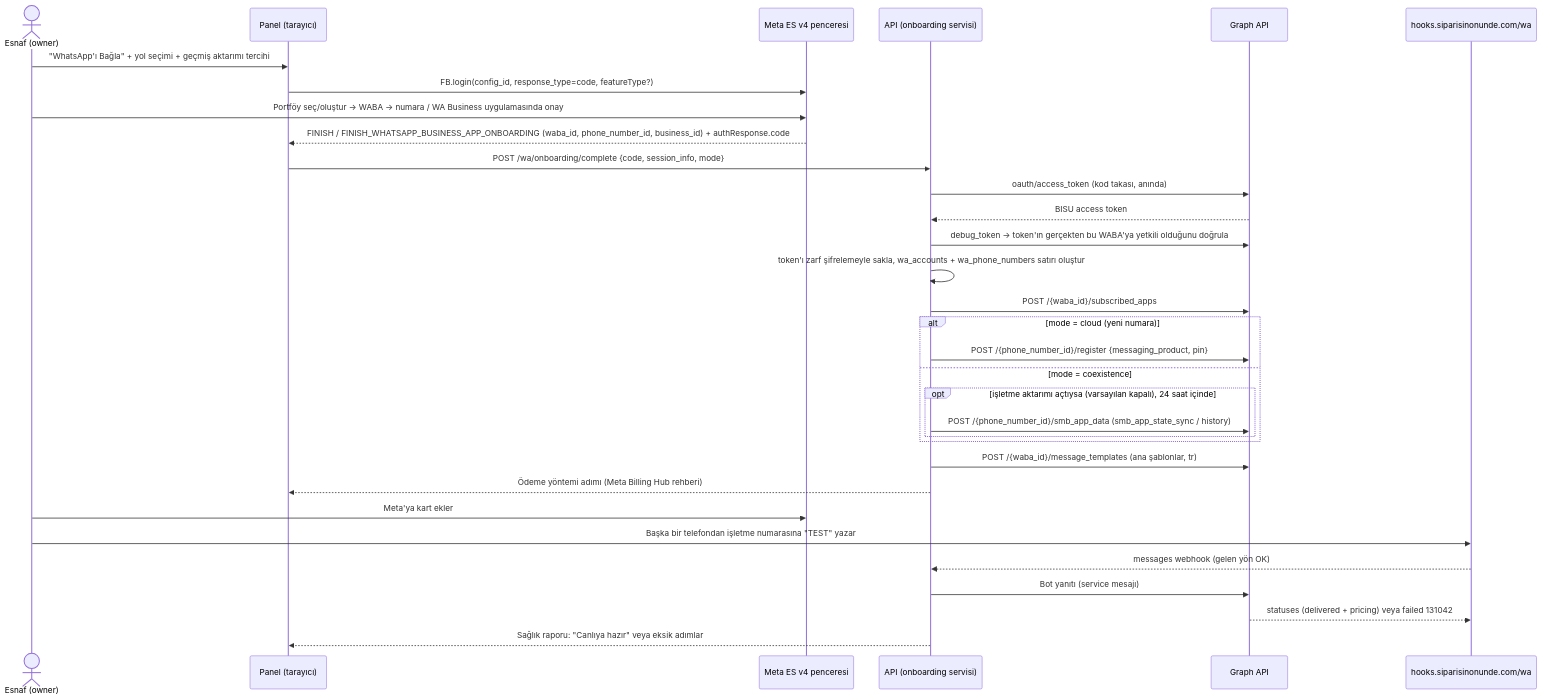
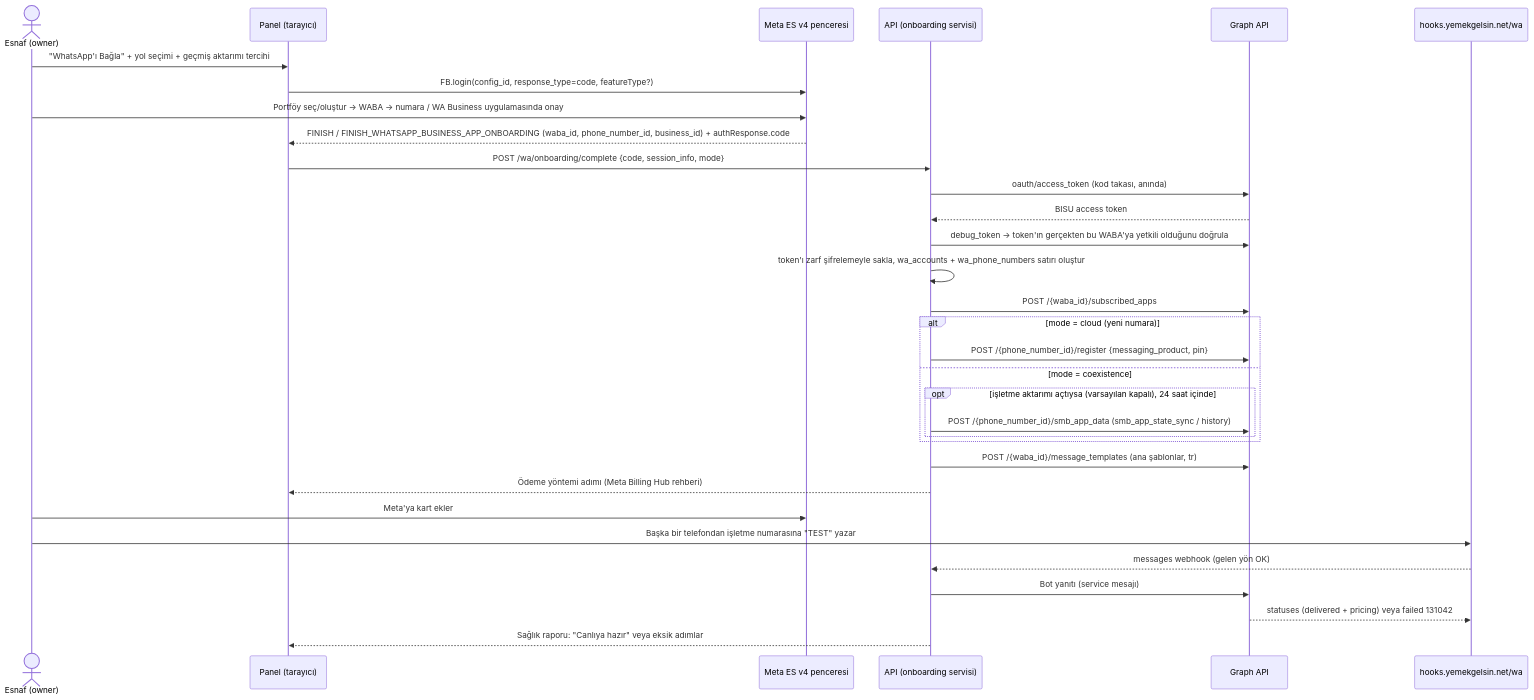
One commit to eraycaylak/siparisinonunde changed the second of 4 diagrams in docs/02-whatsapp-entegrasyonu.md. Above: the diagram before and after it, drawn with Mermaid. The commit also changed other lines of this file and 99 other files, not shown here.

First line of the commit message:
Yemek Gelsin: marka adı, yemekgelsin.net alan adı, herkese açık demo

````diff
--- a/docs/02-whatsapp-entegrasyonu.md
+++ b/docs/02-whatsapp-entegrasyonu.md
@@ -112,34 +112,34 @@
 ```mermaid
 sequenceDiagram
   actor E as Esnaf (owner)
   participant P as Panel (tarayıcı)
   participant M as Meta ES v4 penceresi
   participant A as API (onboarding servisi)
   participant G as Graph API
-  participant H as hooks.siparisinonunde.com/wa
+  participant H as hooks.yemekgelsin.net/wa
   E->>P: "WhatsApp'ı Bağla" + yol seçimi + geçmiş aktarımı tercihi
   P->>M: FB.login(config_id, response_type=code, featureType?)
   E->>M: Portföy seç/oluştur → WABA → numara / WA Business uygulamasında onay
   M-->>P: FINISH / FINISH_WHATSAPP_BUSINESS_APP_ONBOARDING (waba_id, phone_number_id, business_id) + authResponse.code
   P->>A: POST /wa/onboarding/complete {code, session_info, mode}
   A->>G: oauth/access_token (kod takası, anında)
   G-->>A: BISU access token
   A->>G: debug_token → token'ın gerçekten bu WABA'ya yetkili olduğunu doğrula
   A->>A: token'ı zarf şifrelemeyle sakla, wa_accounts + wa_phone_numbers satırı oluştur
   A->>G: POST /{waba_id}/subscribed_apps
   alt mode = cloud (yeni numara)
     A->>G: POST /{phone_number_id}/register {messaging_product, pin}
   else mode = coexistence
     opt işletme aktarımı açtıysa (varsayılan kapalı), 24 saat içinde
       A->>G: POST /{phone_number_id}/smb_app_data (smb_app_state_sync / history)
     end
   end
   A->>G: POST /{waba_id}/message_templates (ana şablonlar, tr)
   A-->>P: Ödeme yöntemi adımı (Meta Billing Hub rehberi)
   E->>M: Meta'ya kart ekler
   E->>H: Başka bir telefondan işletme numarasına "TEST" yazar
   H-->>A: messages webhook (gelen yön OK)
   A->>G: Bot yanıtı (service mesajı)
   G-->>H: statuses (delivered + pricing) veya failed 131042
   A-->>P: Sağlık raporu: "Canlıya hazır" veya eksik adımlar
 ```
````
